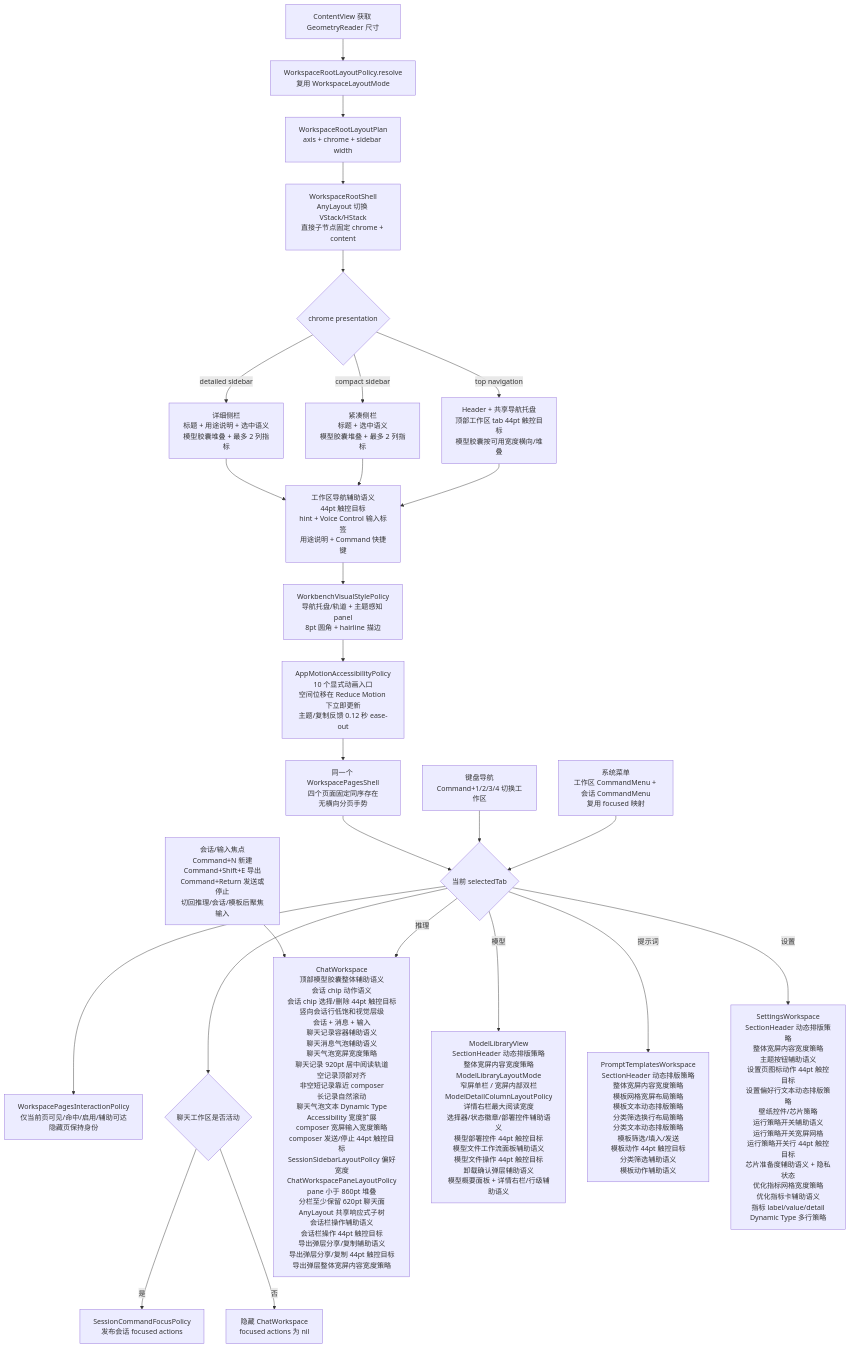
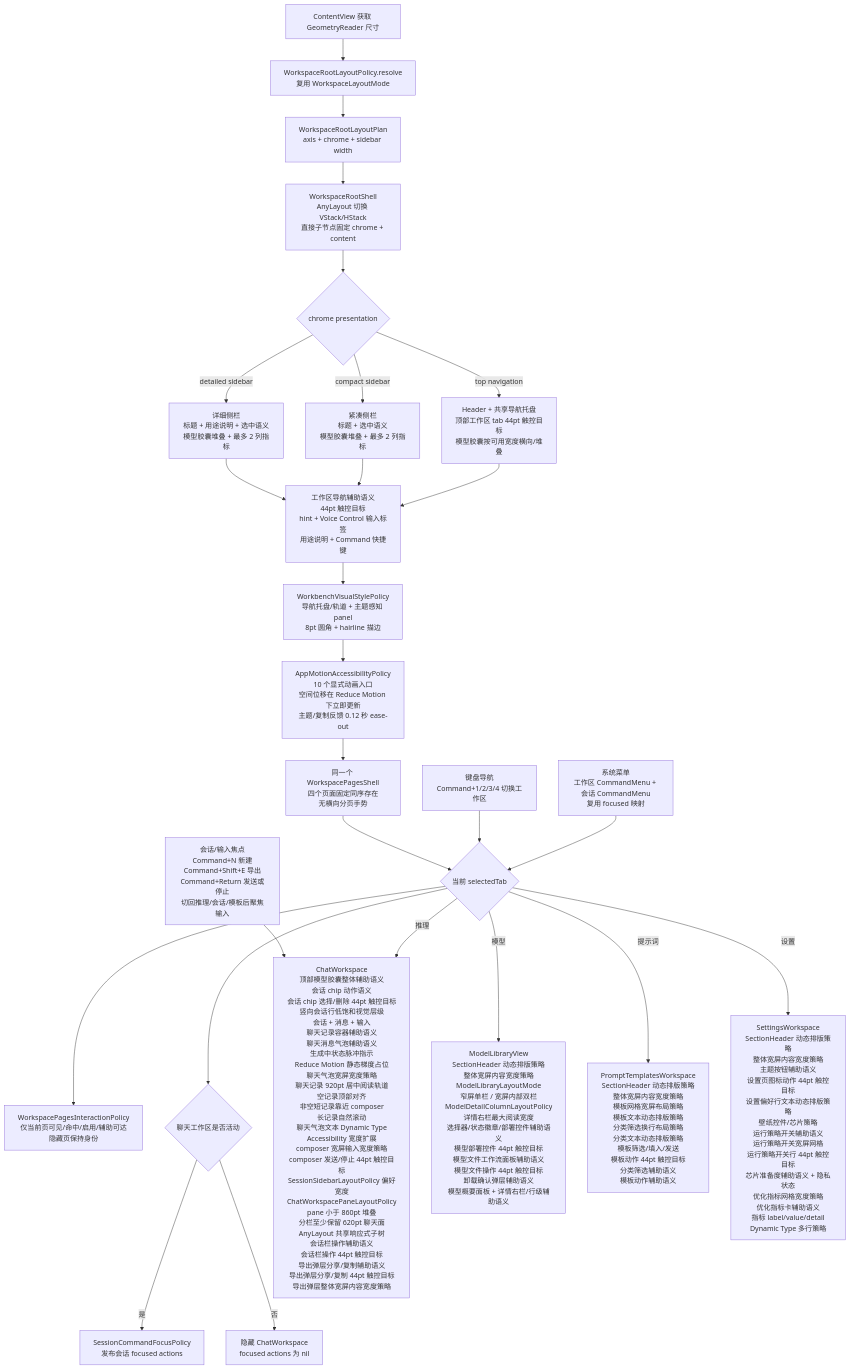
The fifth of 10 diagrams in md/flow/flowchart.md (Altman-sam114/113), drawn with Mermaid before and after one commit. The commit also changed 8 other files, not shown here.

````diff
--- a/md/flow/flowchart.md
+++ b/md/flow/flowchart.md
@@ -94,28 +94,28 @@
 ```mermaid
 flowchart TD
     A[ContentView 获取 GeometryReader 尺寸] --> B[WorkspaceRootLayoutPolicy.resolve<br/>复用 WorkspaceLayoutMode]
     B --> C[WorkspaceRootLayoutPlan<br/>axis + chrome + sidebar width]
     C --> D[WorkspaceRootShell<br/>AnyLayout 切换 VStack/HStack<br/>直接子节点固定 chrome + content]
     D --> E{chrome presentation}
     E -- top navigation --> N[Header + 共享导航托盘<br/>顶部工作区 tab 44pt 触控目标<br/>模型胶囊按可用宽度横向/堆叠]
     E -- detailed sidebar --> O[详细侧栏<br/>标题 + 用途说明 + 选中语义<br/>模型胶囊堆叠 + 最多 2 列指标]
     E -- compact sidebar --> P[紧凑侧栏<br/>标题 + 选中语义<br/>模型胶囊堆叠 + 最多 2 列指标]
     O --> X[工作区导航辅助语义<br/>44pt 触控目标<br/>hint + Voice Control 输入标签<br/>用途说明 + Command 快捷键]
     P --> X
     X --> V[WorkbenchVisualStylePolicy<br/>导航托盘/轨道 + 主题感知 panel<br/>8pt 圆角 + hairline 描边]
     V --> R[AppMotionAccessibilityPolicy<br/>10 个显式动画入口<br/>空间位移在 Reduce Motion 下立即更新<br/>主题/复制反馈 0.12 秒 ease-out]
     R --> T[同一个 WorkspacePagesShell<br/>四个页面固定同序存在<br/>无横向分页手势]
     N --> X
     T --> F{当前 selectedTab}
     F --> Y[WorkspacePagesInteractionPolicy<br/>仅当前页可见/命中/启用/辅助可达<br/>隐藏页保持身份]
     K[键盘导航<br/>Command+1/2/3/4 切换工作区] --> F
     M[系统菜单<br/>工作区 CommandMenu + 会话 CommandMenu<br/>复用 focused 映射] --> F
     F --> Q{聊天工作区是否活动}
     Q -- 是 --> S[SessionCommandFocusPolicy<br/>发布会话 focused actions]
     Q -- 否 --> U[隐藏 ChatWorkspace<br/>focused actions 为 nil]
     L[会话/输入焦点<br/>Command+N 新建<br/>Command+Shift+E 导出<br/>Command+Return 发送或停止<br/>切回推理/会话/模板后聚焦输入] --> G
-    F -- 推理 --> G[ChatWorkspace<br/>顶部模型胶囊整体辅助语义<br/>会话 chip 动作语义<br/>会话 chip 选择/删除 44pt 触控目标<br/>竖向会话行低饱和视觉层级<br/>会话 + 消息 + 输入<br/>聊天记录容器辅助语义<br/>聊天消息气泡辅助语义<br/>聊天气泡宽屏宽度策略<br/>聊天记录 920pt 居中阅读轨道<br/>空记录顶部对齐<br/>非空短记录靠近 composer<br/>长记录自然滚动<br/>聊天气泡文本 Dynamic Type<br/>Accessibility 宽度扩展<br/>composer 宽屏输入宽度策略<br/>composer 发送/停止 44pt 触控目标<br/>SessionSidebarLayoutPolicy 偏好宽度<br/>ChatWorkspacePaneLayoutPolicy<br/>pane 小于 860pt 堆叠<br/>分栏至少保留 620pt 聊天面<br/>AnyLayout 共享响应式子树<br/>会话栏操作辅助语义<br/>会话栏操作 44pt 触控目标<br/>导出弹层分享/复制辅助语义<br/>导出弹层分享/复制 44pt 触控目标<br/>导出弹层整体宽屏内容宽度策略]
+    F -- 推理 --> G[ChatWorkspace<br/>顶部模型胶囊整体辅助语义<br/>会话 chip 动作语义<br/>会话 chip 选择/删除 44pt 触控目标<br/>竖向会话行低饱和视觉层级<br/>会话 + 消息 + 输入<br/>聊天记录容器辅助语义<br/>聊天消息气泡辅助语义<br/>生成中状态脉冲指示<br/>Reduce Motion 静态梯度占位<br/>聊天气泡宽屏宽度策略<br/>聊天记录 920pt 居中阅读轨道<br/>空记录顶部对齐<br/>非空短记录靠近 composer<br/>长记录自然滚动<br/>聊天气泡文本 Dynamic Type<br/>Accessibility 宽度扩展<br/>composer 宽屏输入宽度策略<br/>composer 发送/停止 44pt 触控目标<br/>SessionSidebarLayoutPolicy 偏好宽度<br/>ChatWorkspacePaneLayoutPolicy<br/>pane 小于 860pt 堆叠<br/>分栏至少保留 620pt 聊天面<br/>AnyLayout 共享响应式子树<br/>会话栏操作辅助语义<br/>会话栏操作 44pt 触控目标<br/>导出弹层分享/复制辅助语义<br/>导出弹层分享/复制 44pt 触控目标<br/>导出弹层整体宽屏内容宽度策略]
     F -- 模型 --> H[ModelLibraryView<br/>SectionHeader 动态排版策略<br/>整体宽屏内容宽度策略<br/>ModelLibraryLayoutMode<br/>窄屏单栏 / 宽屏内部双栏<br/>ModelDetailColumnLayoutPolicy<br/>详情右栏最大阅读宽度<br/>选择器/状态徽章/部署控件辅助语义<br/>模型部署控件 44pt 触控目标<br/>模型文件工作流面板辅助语义<br/>模型文件操作 44pt 触控目标<br/>卸载确认弹层辅助语义<br/>模型概要面板 + 详情右栏/行级辅助语义]
     F -- 提示词 --> I[PromptTemplatesWorkspace<br/>SectionHeader 动态排版策略<br/>整体宽屏内容宽度策略<br/>模板网格宽屏布局策略<br/>模板文本动态排版策略<br/>分类筛选换行布局策略<br/>分类文本动态排版策略<br/>模板筛选/填入/发送<br/>模板动作 44pt 触控目标<br/>分类筛选辅助语义<br/>模板动作辅助语义]
     F -- 设置 --> J[SettingsWorkspace<br/>SectionHeader 动态排版策略<br/>整体宽屏内容宽度策略<br/>主题按钮辅助语义<br/>设置页图标动作 44pt 触控目标<br/>设置偏好行文本动态排版策略<br/>壁纸控件/芯片策略<br/>运行策略开关辅助语义<br/>运行策略开关宽屏网格<br/>运行策略开关行 44pt 触控目标<br/>芯片准备度辅助语义 + 隐私状态<br/>优化指标网格宽度策略<br/>优化指标卡辅助语义<br/>指标 label/value/detail<br/>Dynamic Type 多行策略]
 ```
````
